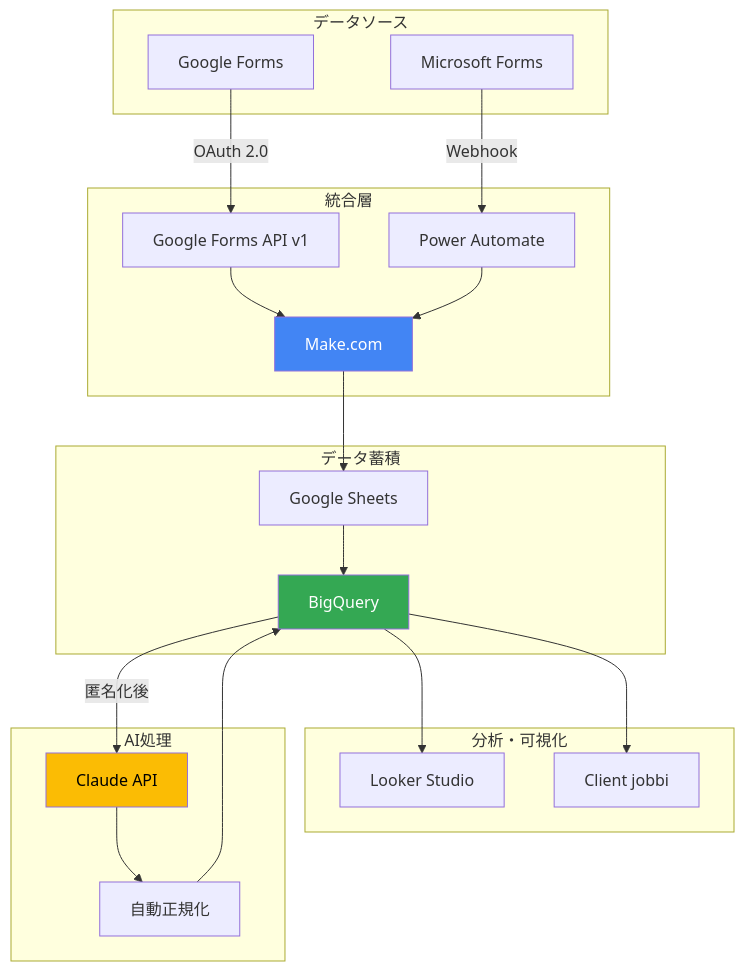
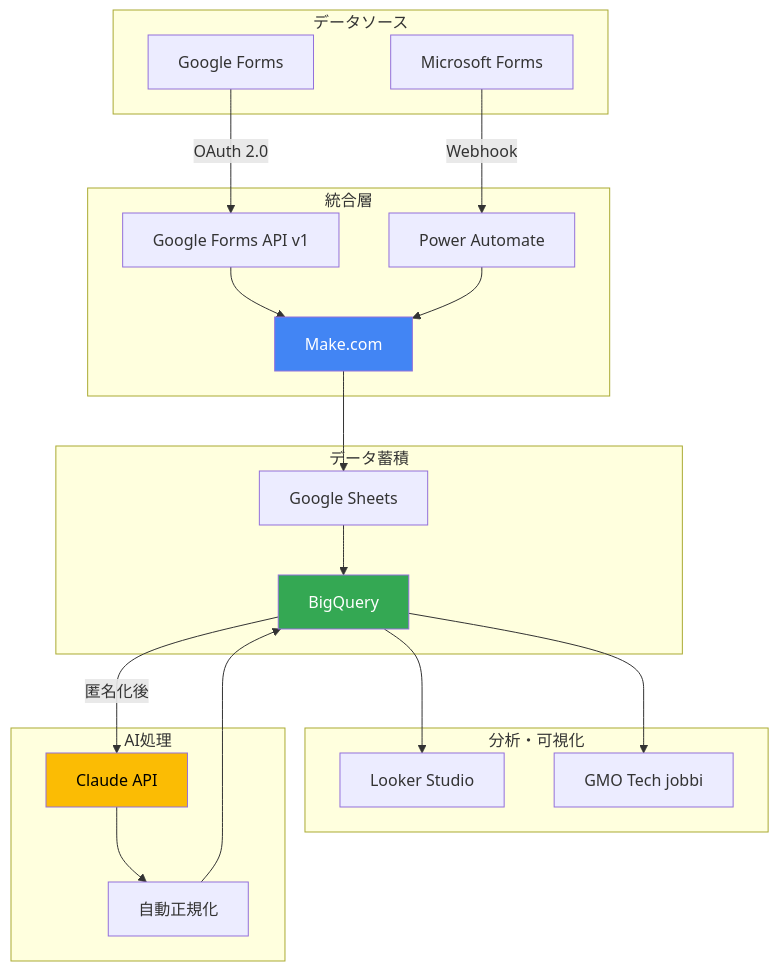
One commit to akira882/GoogleForms-MicrosoftForm_Integration_Project changed the second of 2 diagrams in README.md. Above: the diagram before and after it, drawn with Mermaid. The commit also changed other lines of this file and 15 other files, not shown here.

Commit message:
docs: final 'deep dive' polish, finalized GMO TECH branding and AI logic refinements

````diff
--- a/README.md
+++ b/README.md
@@ -230,44 +230,44 @@
 ```mermaid
 graph TB
     subgraph "データソース"
         A[Google Forms]
         B[Microsoft Forms]
     end
 
     subgraph "統合層"
         C[Google Forms API v1]
         D[Power Automate]
         E[Make.com]
     end
 
     subgraph "データ蓄積"
         F[Google Sheets]
         G[BigQuery]
     end
 
     subgraph "分析・可視化"
         H[Looker Studio]
-        I[Client jobbi]
+        I[GMO Tech jobbi]
     end
 
     subgraph "AI処理"
         J[Claude API]
         K[自動正規化]
     end
 
     A -->|OAuth 2.0| C
     B -->|Webhook| D
     C --> E
     D --> E
     E --> F
     F --> G
     G --> H
     G --> I
     G -->|匿名化後| J
     J --> K
     K --> G
 
     style E fill:#4285F4,color:#fff
     style G fill:#34A853,color:#fff
     style J fill:#fbbc04,color:#000
 ```
````
